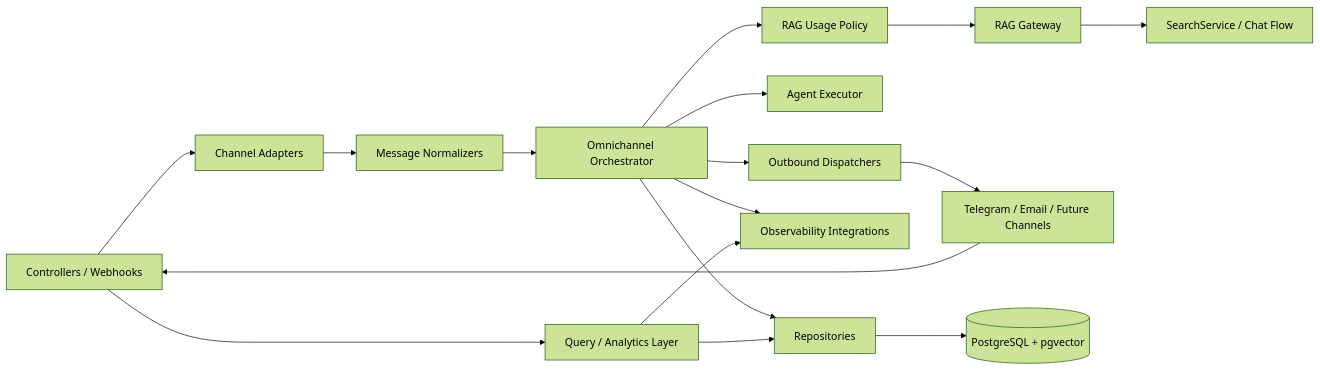
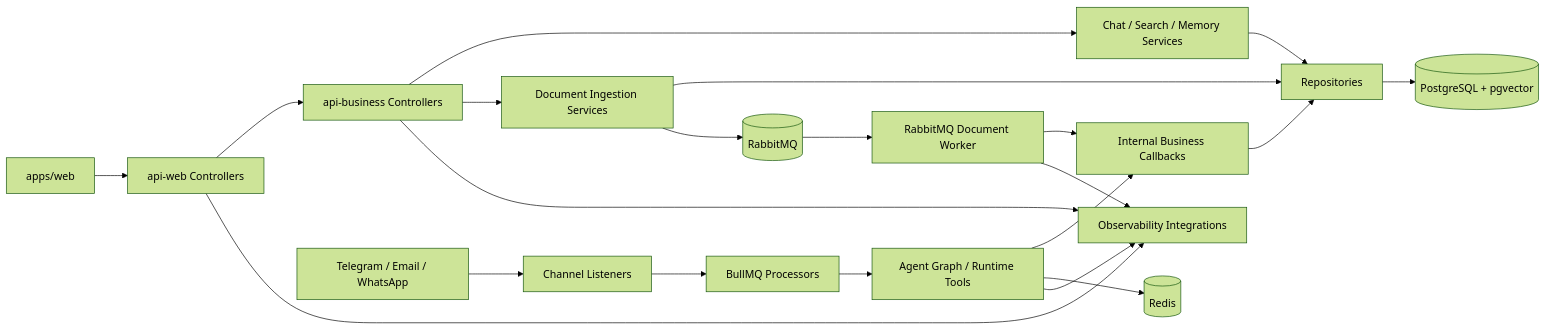
One commit to CiceroDeveloper01/rag-platform changed the diagram in docs/c4/component-diagram.md. Above: the diagram before and after it, drawn with Mermaid (forest theme). The commit also changed other lines of this file and 111 other files, not shown here.

Commit message:
refactor: harden async ingestion, deployment readiness, and architecture docs

````diff
--- a/docs/c4/component-diagram.md
+++ b/docs/c4/component-diagram.md
@@ -9,38 +9,40 @@
 ```mermaid
 flowchart LR
-    Controllers[Controllers / Webhooks]
-    Adapters[Channel Adapters]
-    Normalizers[Message Normalizers]
-    Orchestrator[Omnichannel Orchestrator]
-    RagPolicy[RAG Usage Policy]
-    RagGateway[RAG Gateway]
-    AgentExecutor[Agent Executor]
+    Web[apps/web]
+    ApiWebControllers[api-web Controllers]
+    BusinessControllers[api-business Controllers]
+    SearchChat[Chat / Search / Memory Services]
+    Ingestion[Document Ingestion Services]
     Repositories[Repositories]
-    QueryLayer[Query / Analytics Layer]
+    Channels[Telegram / Email / WhatsApp]
+    Listeners[Channel Listeners]
+    BullRuntime[BullMQ Processors]
+    AgentRuntime[Agent Graph / Runtime Tools]
+    RabbitWorker[RabbitMQ Document Worker]
+    InternalApi[Internal Business Callbacks]
     Observability[Observability Integrations]
-    Dispatchers[Outbound Dispatchers]
-    Channels[Telegram / Email / Future Channels]
-    SearchChat[SearchService / Chat Flow]
     Database[(PostgreSQL + pgvector)]
+    Rabbit[(RabbitMQ)]
+    Redis[(Redis)]
 
-    Channels --> Controllers
-    Controllers --> Adapters
-    Adapters --> Normalizers
-    Normalizers --> Orchestrator
-
-    Orchestrator --> RagPolicy
-    RagPolicy --> RagGateway
-    RagGateway --> SearchChat
-    Orchestrator --> AgentExecutor
-
-    Orchestrator --> Repositories
-    QueryLayer --> Repositories
+    Web --> ApiWebControllers
+    ApiWebControllers --> BusinessControllers
+    BusinessControllers --> SearchChat
+    BusinessControllers --> Ingestion
+    SearchChat --> Repositories
+    Ingestion --> Repositories
     Repositories --> Database
-
-    Orchestrator --> Dispatchers
-    Dispatchers --> Channels
-
-    Controllers --> QueryLayer
-    Orchestrator --> Observability
-    QueryLayer --> Observability
+    Ingestion --> Rabbit
+    Channels --> Listeners
+    Listeners --> BullRuntime
+    BullRuntime --> AgentRuntime
+    AgentRuntime --> InternalApi
+    AgentRuntime --> Redis
+    Rabbit --> RabbitWorker
+    RabbitWorker --> InternalApi
+    InternalApi --> Repositories
+    ApiWebControllers --> Observability
+    BusinessControllers --> Observability
+    AgentRuntime --> Observability
+    RabbitWorker --> Observability
 ```
````
